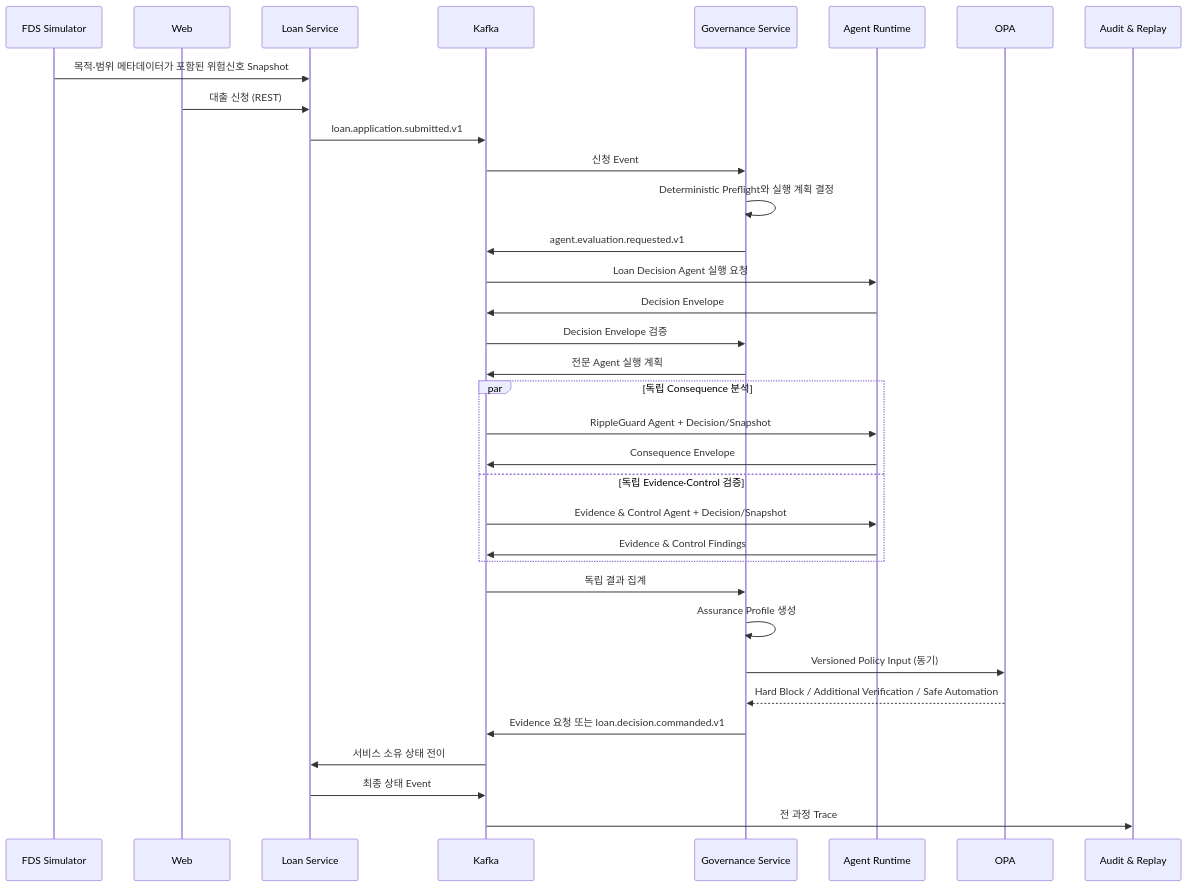
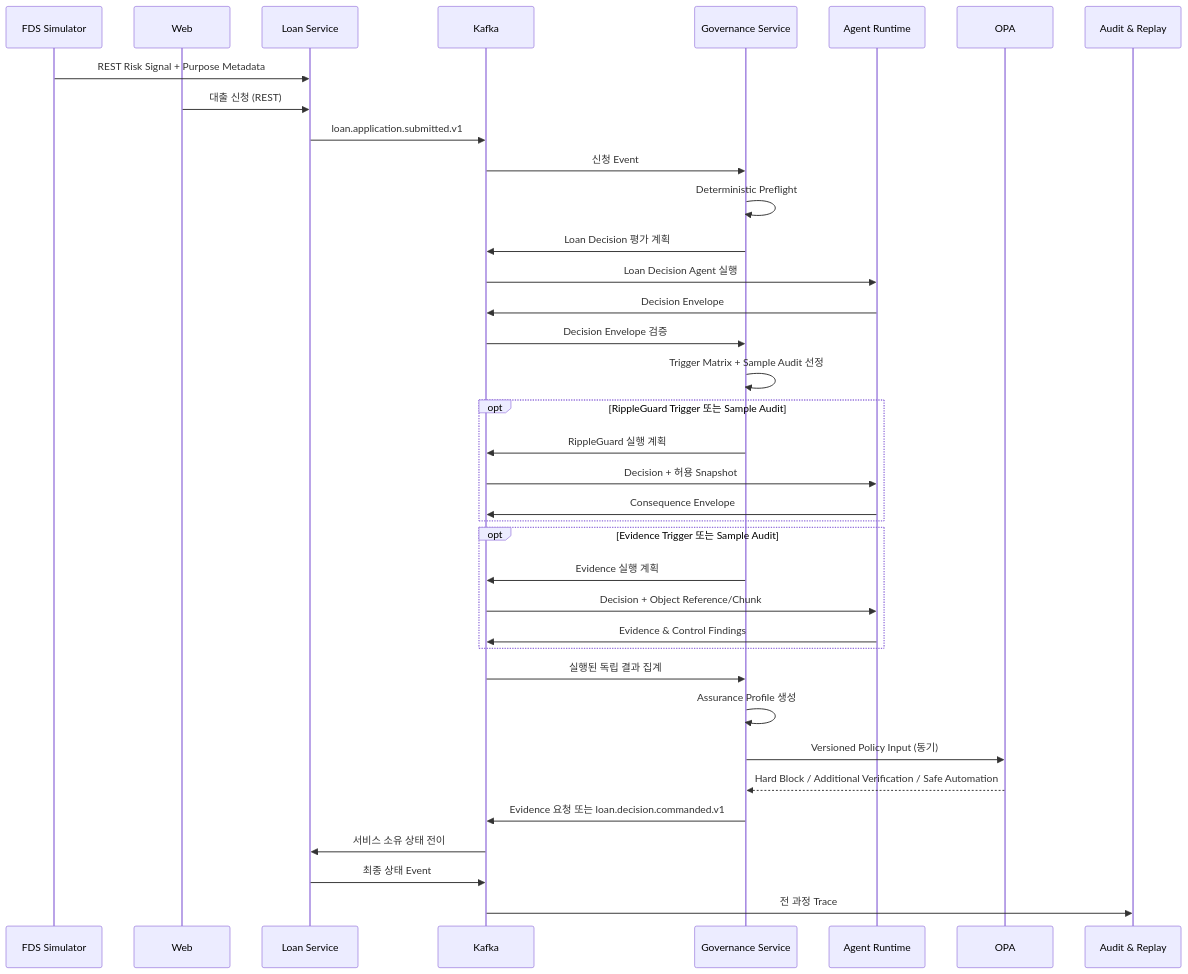
One commit to dlsrnjs125/rippleguard-docs changed the diagram in architecture/data-flow.md. Above: the diagram before and after it, drawn with Mermaid. The commit also changed other lines of this file and 38 other files, not shown here.

````diff
--- a/architecture/data-flow.md
+++ b/architecture/data-flow.md
@@ -3,36 +3,39 @@
 ```mermaid
 sequenceDiagram
   participant F as FDS Simulator
   participant W as Web
   participant L as Loan Service
   participant K as Kafka
   participant G as Governance Service
   participant A as Agent Runtime
   participant P as OPA
   participant R as Audit & Replay
-  F->>L: 목적·범위 메타데이터가 포함된 위험신호 Snapshot
+  F->>L: REST Risk Signal + Purpose Metadata
   W->>L: 대출 신청 (REST)
   L->>K: loan.application.submitted.v1
   K->>G: 신청 Event
-  G->>G: Deterministic Preflight와 실행 계획 결정
-  G->>K: agent.evaluation.requested.v1
-  K->>A: Loan Decision Agent 실행 요청
+  G->>G: Deterministic Preflight
+  G->>K: Loan Decision 평가 계획
+  K->>A: Loan Decision Agent 실행
   A->>K: Decision Envelope
   K->>G: Decision Envelope 검증
-  G->>K: 전문 Agent 실행 계획
-  par 독립 Consequence 분석
-    K->>A: RippleGuard Agent + Decision/Snapshot
+  G->>G: Trigger Matrix + Sample Audit 선정
+  opt RippleGuard Trigger 또는 Sample Audit
+    G->>K: RippleGuard 실행 계획
+    K->>A: Decision + 허용 Snapshot
     A->>K: Consequence Envelope
-  and 독립 Evidence·Control 검증
-    K->>A: Evidence & Control Agent + Decision/Snapshot
+  end
+  opt Evidence Trigger 또는 Sample Audit
+    G->>K: Evidence 실행 계획
+    K->>A: Decision + Object Reference/Chunk
     A->>K: Evidence & Control Findings
   end
-  K->>G: 독립 결과 집계
+  K->>G: 실행된 독립 결과 집계
   G->>G: Assurance Profile 생성
   G->>P: Versioned Policy Input (동기)
   P-->>G: Hard Block / Additional Verification / Safe Automation
   G->>K: Evidence 요청 또는 loan.decision.commanded.v1
   K->>L: 서비스 소유 상태 전이
   L->>K: 최종 상태 Event
   K->>R: 전 과정 Trace
 ```
````
